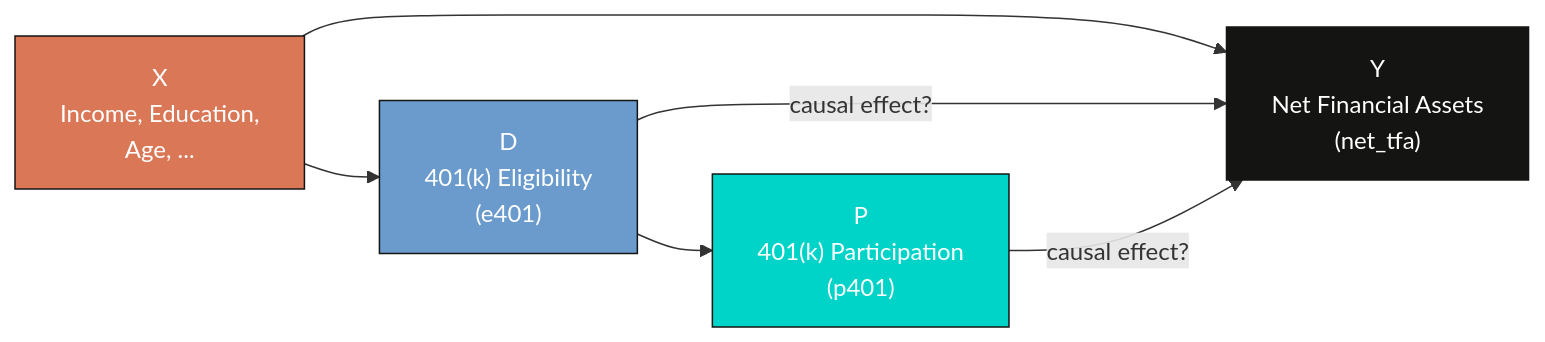
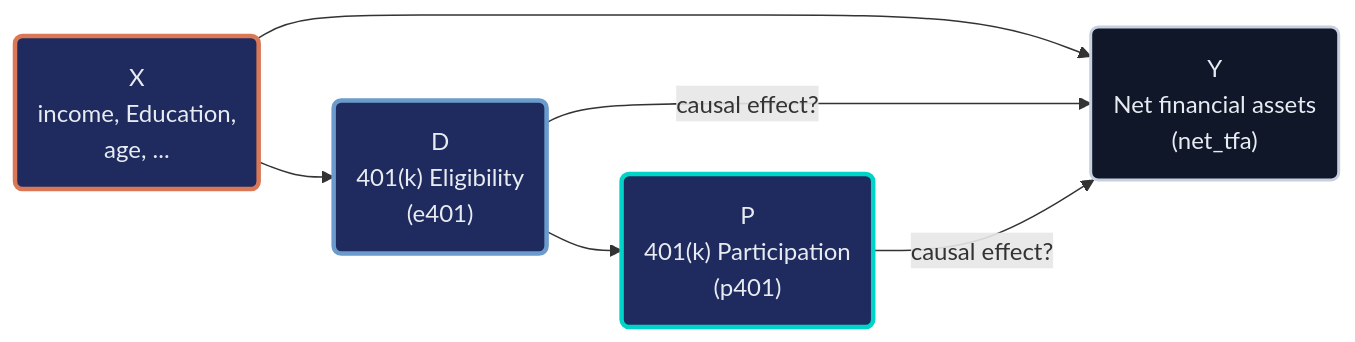
The first of 2 diagrams in content/post/python_doubleml_pension/references/tutorial.qmd (cmg777/starter-academic-v501), drawn with Mermaid before and after one commit. The commit also changed other lines of this file and 42 other files, not shown here.

First line of the commit message:
content(mermaid): restyle Mermaid copies in tutorial sources and the LaLonde slide deck

````diff
--- a/content/post/python_doubleml_pension/references/tutorial.qmd
+++ b/content/post/python_doubleml_pension/references/tutorial.qmd
@@ -121,13 +121,16 @@
 ```{mermaid}
 graph LR
-    X["X<br/>Income, Education,<br/>Age, ..."] --> D["D<br/>401(k) Eligibility<br/>(e401)"]
-    X --> Y["Y<br/>Net Financial Assets<br/>(net_tfa)"]
-    D --> P["P<br/>401(k) Participation<br/>(p401)"]
+    X("X<br/>income, Education,<br/>age, ...") --> D("D<br/>401(k) Eligibility<br/>(e401)")
+    X --> Y("Y<br/>Net financial assets<br/>(net_tfa)")
+    D --> P("P<br/>401(k) Participation<br/>(p401)")
     D -->|"causal effect?"| Y
     P -->|"causal effect?"| Y
-
-    style X fill:#d97757,stroke:#141413,color:#fff
-    style D fill:#6a9bcc,stroke:#141413,color:#fff
-    style P fill:#00d4c8,stroke:#141413,color:#fff
-    style Y fill:#141413,stroke:#141413,color:#fff
+    classDef orange fill:#1f2b5e,stroke:#d97757,stroke-width:3px,color:#e8ecf2
+    classDef blue fill:#1f2b5e,stroke:#6a9bcc,stroke-width:3px,color:#e8ecf2
+    classDef anchor fill:#0f1729,stroke:#c8d0e0,stroke-width:2px,color:#e8ecf2
+    classDef teal fill:#1f2b5e,stroke:#00d4c8,stroke-width:3px,color:#e8ecf2
+    class X orange
+    class D blue
+    class Y anchor
+    class P teal
 ```
````
